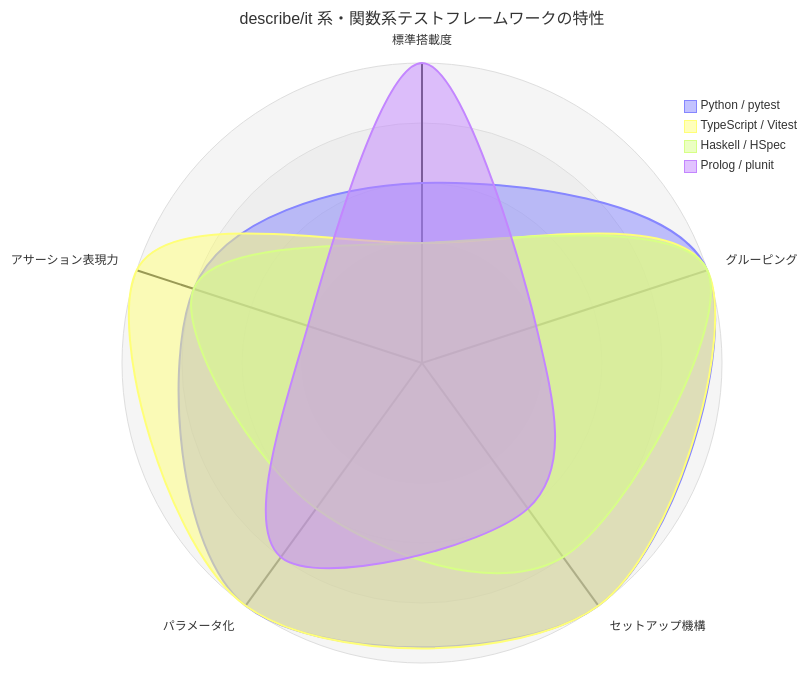
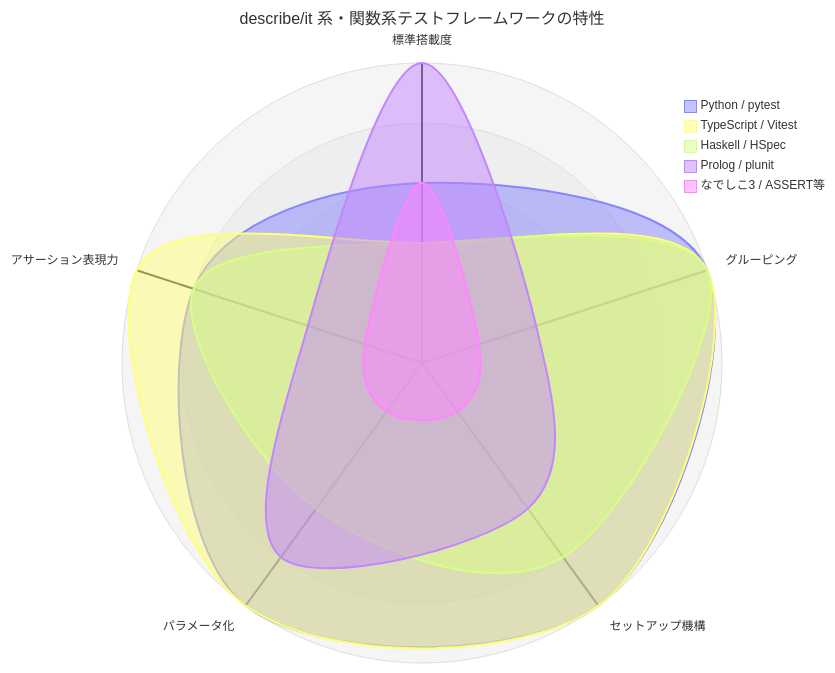
The second of 2 diagrams in docs/article/integration/02-test-framework-comparison.md (k2works/getting-started-tdd), drawn with Mermaid before and after one commit. The commit also changed other lines of this file and 10 other files, not shown here.

````diff
--- a/docs/article/integration/02-test-framework-comparison.md
+++ b/docs/article/integration/02-test-framework-comparison.md
@@ -441,12 +518,13 @@
 ```mermaid
 radar-beta
   title describe/it 系・関数系テストフレームワークの特性
   axis std["標準搭載度"], gr["グルーピング"], su["セットアップ機構"]
   axis pt["パラメータ化"], as["アサーション表現力"]
   curve pytest["Python / pytest"]{3, 5, 5, 5, 4}
   curve vitest["TypeScript / Vitest"]{2, 5, 5, 5, 5}
   curve hspec["Haskell / HSpec"]{2, 5, 4, 3, 4}
   curve plunit["Prolog / plunit"]{5, 2, 3, 4, 2}
+  curve nako["なでしこ3 / ASSERT等"]{3, 1, 1, 1, 1}
   max 5
   min 0
 ```
````
